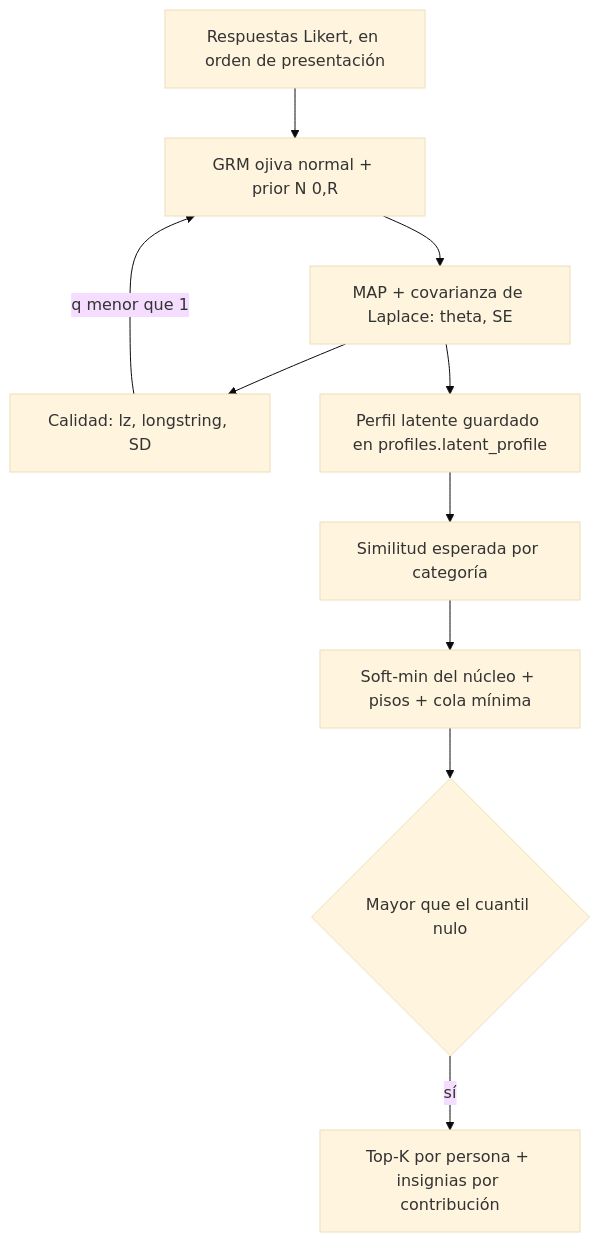
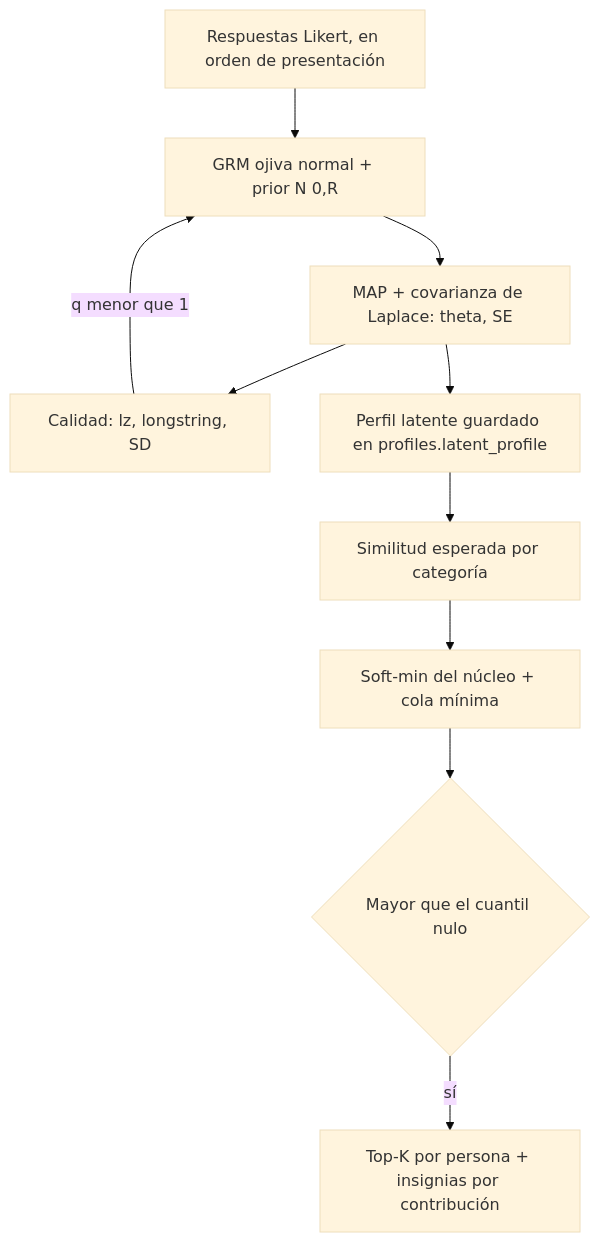
Before and after one commit to AmeliaDi/ProyectoENESZooMatch: the diagram in docs/MATCHING.md, drawn with Mermaid (base theme). The commit also changed other lines of this file and 14 other files, not shown here.

First line of the commit message:
feat(matching): sin pisos no compensatorios y datos sensibles fuera del puntaje (B1, ADR-043)

````diff
--- a/docs/MATCHING.md
+++ b/docs/MATCHING.md
@@ -13,12 +13,12 @@
 ```mermaid
 flowchart TD
   A[Respuestas Likert, en orden de presentación] --> B[GRM ojiva normal + prior N 0,R]
   B --> C[MAP + covarianza de Laplace: theta, SE]
   C --> D[Calidad: lz, longstring, SD]
   D -->|q menor que 1| B
   C --> E[Perfil latente guardado en profiles.latent_profile]
   E --> F[Similitud esperada por categoría]
-  F --> G[Soft-min del núcleo + pisos + cola mínima]
+  F --> G[Soft-min del núcleo + cola mínima]
   G --> H{Mayor que el cuantil nulo}
   H -->|sí| I[Top-K por persona + insignias por contribución]
 ```
````
